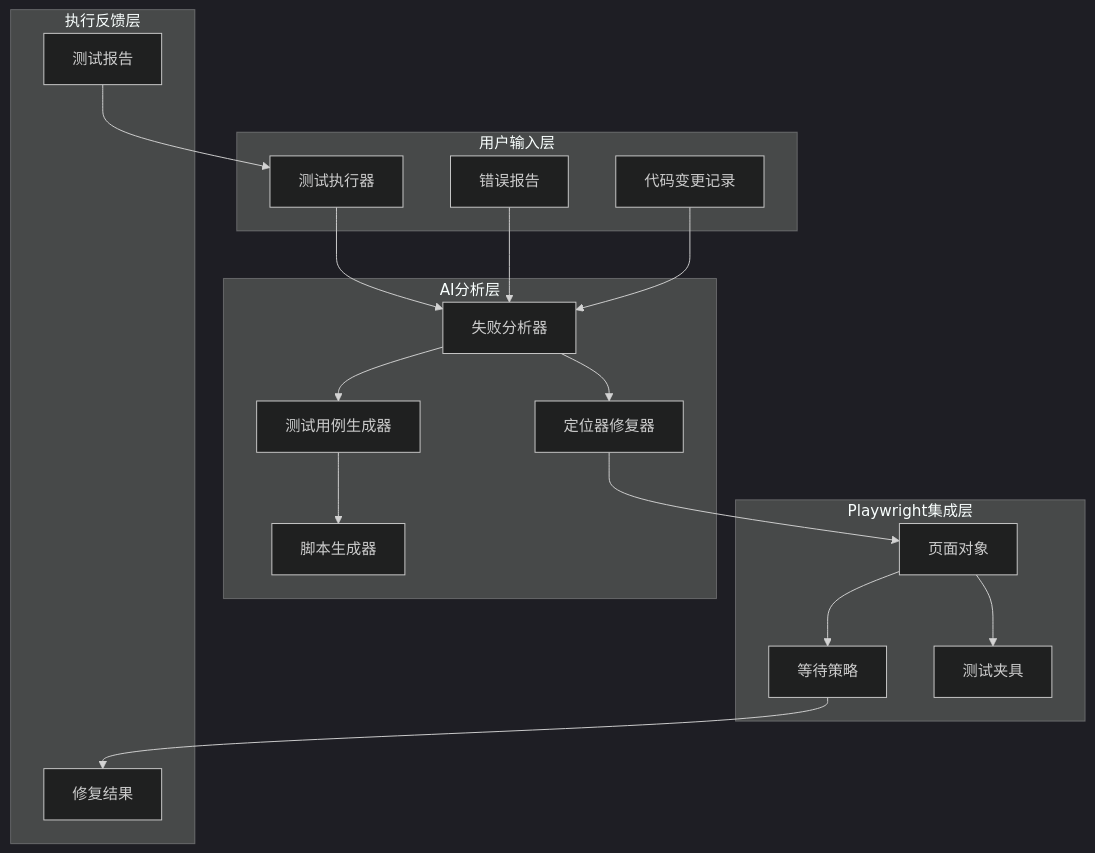
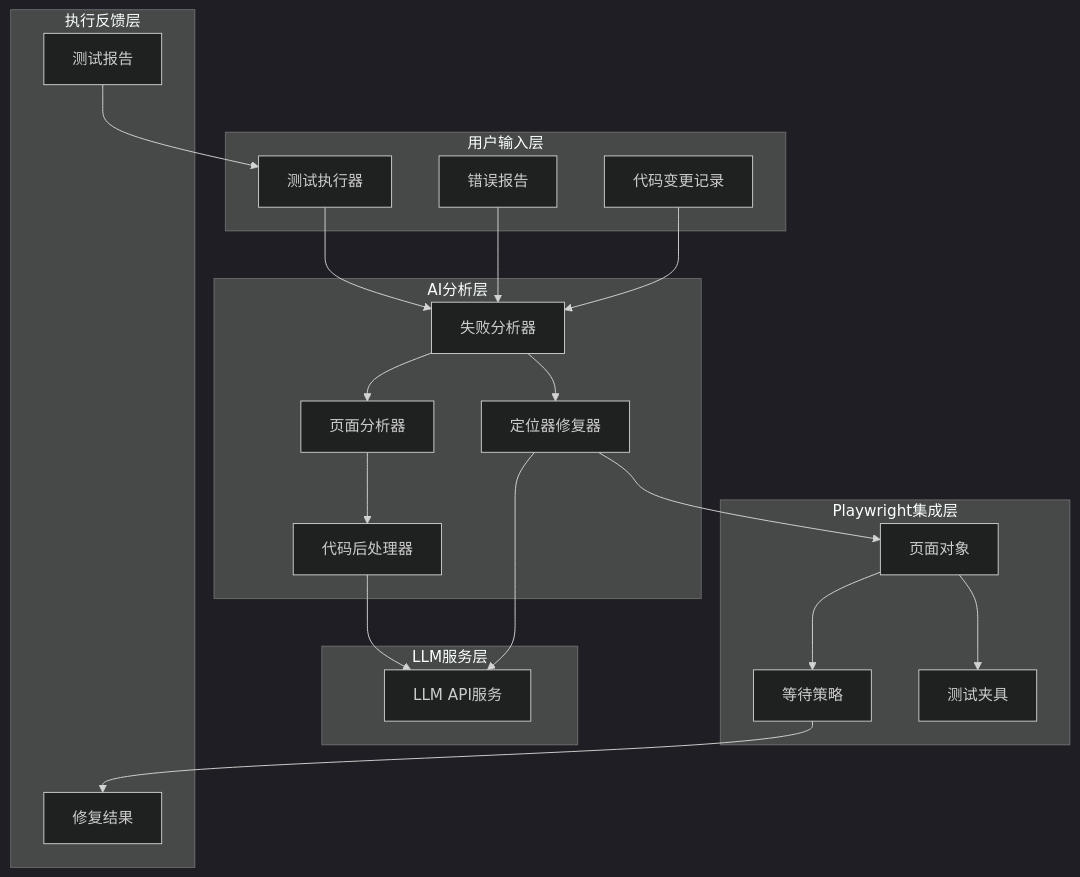
Before and after one commit to zzgoviziwind/--playwright: the second of 10 diagrams in .qoder/repowiki/zh/content/AI测试生成系统/AI定位修复工具.md, drawn with Mermaid (dark theme). The commit also changed other lines of this file and 112 other files, not shown here.

````diff
--- a/.qoder/repowiki/zh/content/AI测试生成系统/AI定位修复工具.md
+++ b/.qoder/repowiki/zh/content/AI测试生成系统/AI定位修复工具.md
@@ -135,34 +183,39 @@
 ```mermaid
 graph TB
 subgraph "用户输入层"
 TE["测试执行器"]
 ER["错误报告"]
 DC["代码变更记录"]
 end
 subgraph "AI分析层"
 FA["失败分析器"]
 LH["定位器修复器"]
-TG["测试用例生成器"]
-SG["脚本生成器"]
+PA["页面分析器"]
+PP["代码后处理器"]
+end
+subgraph "LLM服务层"
+LLM["LLM API服务"]
 end
 subgraph "Playwright集成层"
 PO["页面对象"]
 WF["等待策略"]
 FX["测试夹具"]
 end
 subgraph "执行反馈层"
 RF["修复结果"]
 RS["测试报告"]
 end
 TE --> FA
 ER --> FA
 DC --> FA
 FA --> LH
-FA --> TG
-TG --> SG
+FA --> PA
+PA --> PP
+PP --> LLM
+LH --> LLM
 LH --> PO
 PO --> WF
 PO --> FX
 WF --> RF
 RS --> TE
 ```
````
